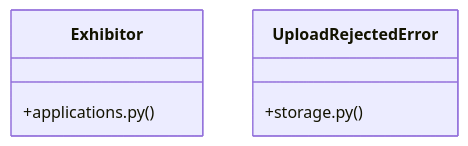
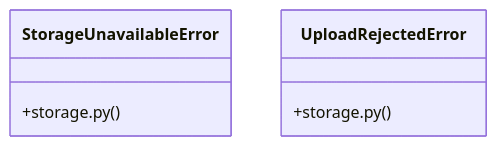
The diagram in graphify-out/wiki/[FaqCategory_&_ContactMessage]_Cluster.md (adjanayo/synca_conf_back), drawn with Mermaid before and after one commit. The commit also changed other lines of this file and 99 other files, not shown here.

Commit message:
chore: rafraîchir le graphe de code (graphify)

````diff
--- a/graphify-out/wiki/[FaqCategory_&_ContactMessage]_Cluster.md
+++ b/graphify-out/wiki/[FaqCategory_&_ContactMessage]_Cluster.md
@@ -36,9 +36,9 @@
 ```mermaid
 classDiagram
-    class Exhibitor {
-        +applications.py()
+    class StorageUnavailableError {
+        +storage.py()
     }
     class UploadRejectedError {
         +storage.py()
     }
 ```
````
